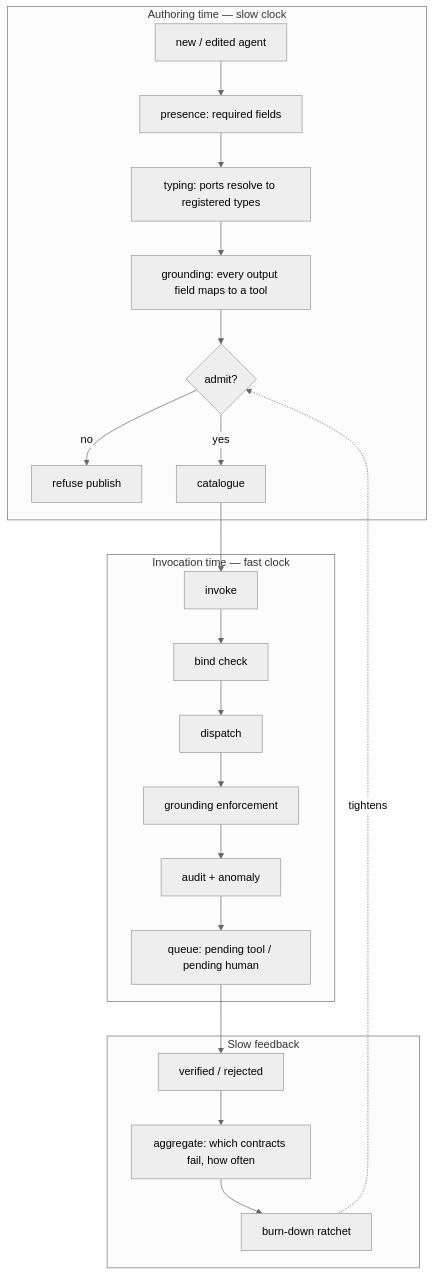
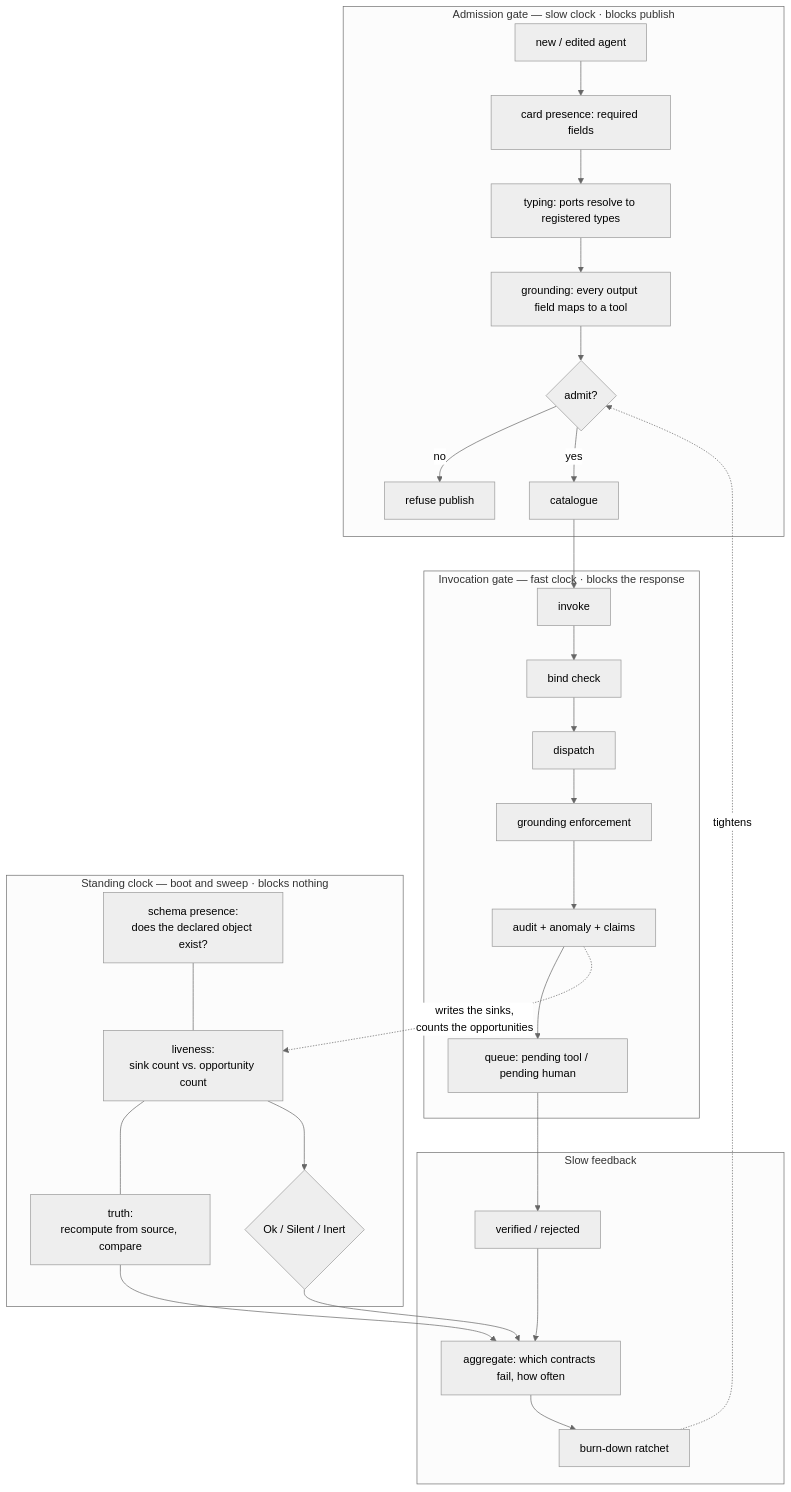
One commit to Replicant-Partners/fermi changed the seventh of 7 diagrams in docs/papers/verification_for_agent_ecologies.md. Above: the diagram before and after it, drawn with Mermaid (neutral theme). The commit also changed other lines of this file and 4 other files, not shown here.

````diff
--- a/docs/papers/verification_for_agent_ecologies.md
+++ b/docs/papers/verification_for_agent_ecologies.md
@@ -508,27 +530,39 @@
 ```mermaid
 graph TD
-    subgraph AUTH["Authoring time — slow clock"]
-        N["new / edited agent"] --> P1["presence: required fields"]
+    subgraph AUTH["Admission gate — slow clock · blocks publish"]
+        N["new / edited agent"] --> P1["card presence: required fields"]
         P1 --> P2["typing: ports resolve to registered types"]
         P2 --> P3["grounding: every output field maps to a tool"]
         P3 --> ADM{"admit?"}
         ADM -->|no| REJ["refuse publish"]
         ADM -->|yes| CAT["catalogue"]
     end
 
-    subgraph RUN["Invocation time — fast clock"]
+    subgraph RUN["Invocation gate — fast clock · blocks the response"]
         CAT --> INV["invoke"]
         INV --> BIND["bind check"]
         BIND --> DISP["dispatch"]
         DISP --> GR["grounding enforcement"]
-        GR --> AUD["audit + anomaly"]
+        GR --> AUD["audit + anomaly + claims"]
         AUD --> QU["queue: pending tool / pending human"]
+    end
+
+    subgraph STAND["Standing clock — boot and sweep · blocks nothing"]
+        SP["schema presence:<br/>does the declared object exist?"]
+        LV["liveness:<br/>sink count vs. opportunity count"]
+        TR["truth:<br/>recompute from source, compare"]
+        SP --- LV --- TR
+        LV --> VD{"Ok / Silent / Inert"}
     end
 
     subgraph LEDGER["Slow feedback"]
         QU --> VER["verified / rejected"]
         VER --> AGG["aggregate: which contracts fail, how often"]
         AGG --> RATCH["burn-down ratchet"]
         RATCH -.->|"tightens"| ADM
     end
+
+    AUD -.->|"writes the sinks,<br/>counts the opportunities"| LV
+    VD --> AGG
+    TR --> AGG
 ```
````
